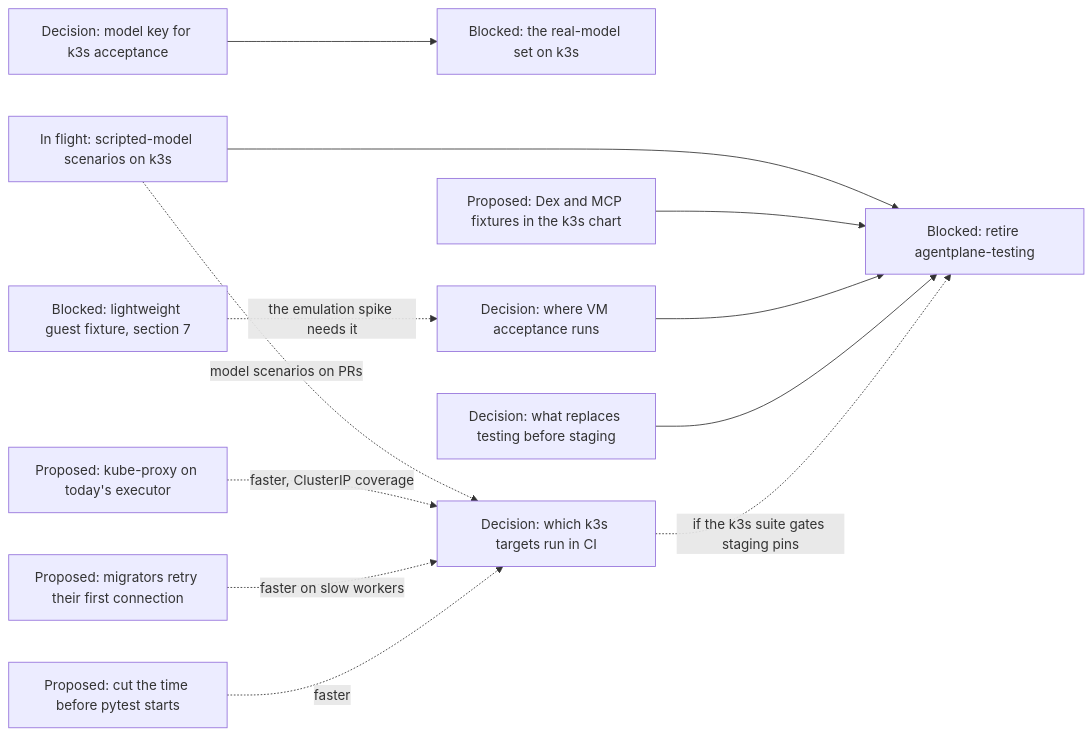
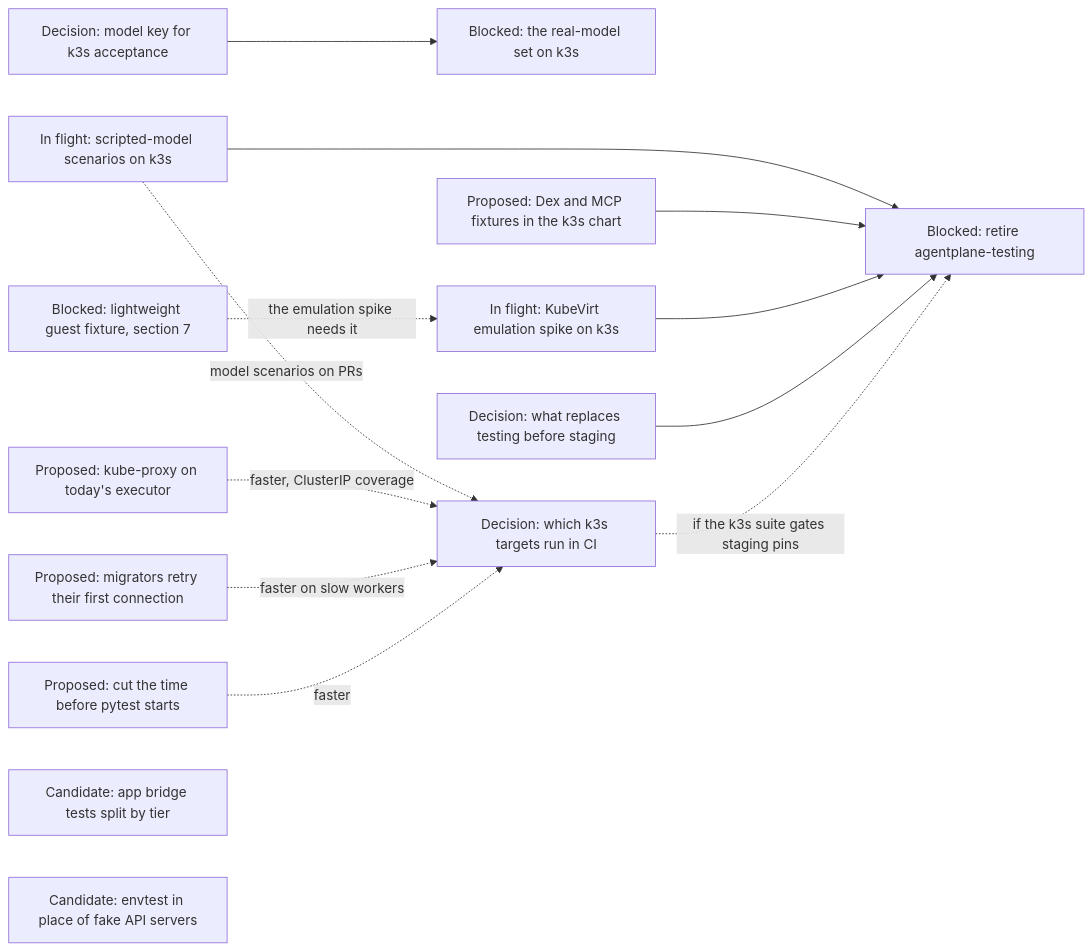
Diagram 17 of 17 in agentplane/plans/task_dag.md (agentydragon-agent/ducktape), drawn with Mermaid before and after one commit. The commit also changed other lines of this file and 1 other file, not shown here.

First line of the commit message:
agentplane(plans): test tiers and the reshuffle they imply (#11346)

````diff
--- a/agentplane/plans/task_dag.md
+++ b/agentplane/plans/task_dag.md
@@ -1998,26 +1998,28 @@
 ```mermaid
 flowchart LR
     K3S_MODEL_CREDENTIALS[Decision: model key for k3s acceptance]
     K3S_MODEL_SCENARIOS[Blocked: the real-model set on k3s]
     ACCEPTANCE_SCRIPTED_MODEL[In flight: scripted-model scenarios on k3s]
     K3S_FIXTURE_IDENTITY[Proposed: Dex and MCP fixtures in the k3s chart]
-    K3S_VM_ACCEPTANCE[Decision: where VM acceptance runs]
+    K3S_VM_ACCEPTANCE[In flight: KubeVirt emulation spike on k3s]
     K3S_VM_IMAGE[Blocked: lightweight guest fixture, section 7]
     TESTING_ROLLOUT_ROLE[Decision: what replaces testing before staging]
     TESTING_ENVIRONMENT_RETIRE[Blocked: retire agentplane-testing]
     K3S_KUBE_PROXY_RETEST[Proposed: kube-proxy on today's executor]
     K3S_MIGRATOR_CONNECT_RETRY[Proposed: migrators retry their first connection]
     K3S_TEST_STARTUP[Proposed: cut the time before pytest starts]
     K3S_CI_TIER[Decision: which k3s targets run in CI]
+    APP_BRIDGE_TEST_SPLIT[Candidate: app bridge tests split by tier]
+    FAKE_APISERVERS_TO_ENVTEST[Candidate: envtest in place of fake API servers]
     K3S_MODEL_CREDENTIALS --> K3S_MODEL_SCENARIOS
     ACCEPTANCE_SCRIPTED_MODEL --> TESTING_ENVIRONMENT_RETIRE
     K3S_VM_IMAGE -. the emulation spike needs it .-> K3S_VM_ACCEPTANCE
     K3S_FIXTURE_IDENTITY --> TESTING_ENVIRONMENT_RETIRE
     K3S_VM_ACCEPTANCE --> TESTING_ENVIRONMENT_RETIRE
     TESTING_ROLLOUT_ROLE --> TESTING_ENVIRONMENT_RETIRE
     K3S_CI_TIER -. if the k3s suite gates staging pins .-> TESTING_ENVIRONMENT_RETIRE
     ACCEPTANCE_SCRIPTED_MODEL -. model scenarios on PRs .-> K3S_CI_TIER
     K3S_KUBE_PROXY_RETEST -. faster, ClusterIP coverage .-> K3S_CI_TIER
     K3S_MIGRATOR_CONNECT_RETRY -. faster on slow workers .-> K3S_CI_TIER
     K3S_TEST_STARTUP -. faster .-> K3S_CI_TIER
 ```
````
